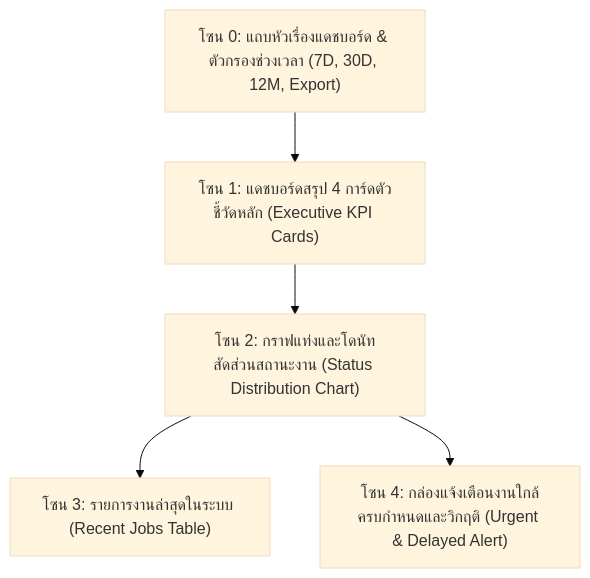
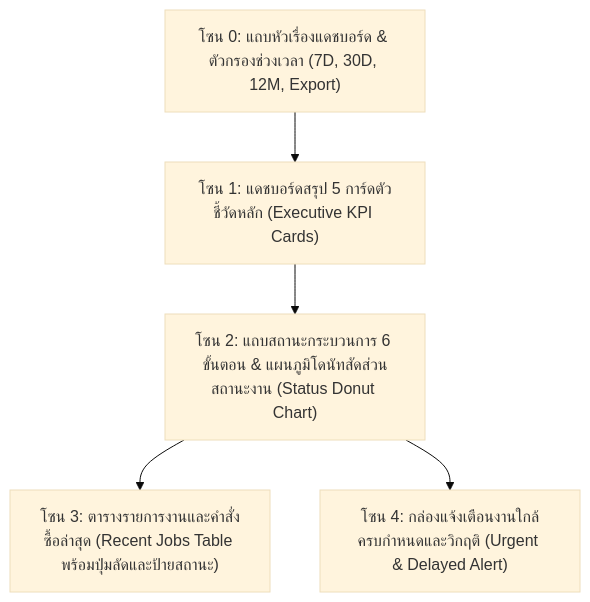
The first of 2 diagrams in doc/คู่มือการใช้งาน_แดชบอร์ดและจัดการผู้ใช้งาน.md (isarachootip/pmt_flow), drawn with Mermaid (base theme) before and after one commit. The commit also changed other lines of this file and 3 other files, not shown here.

````diff
--- a/doc/คู่มือการใช้งาน_แดชบอร์ดและจัดการผู้ใช้งาน.md
+++ b/doc/คู่มือการใช้งาน_แดชบอร์ดและจัดการผู้ใช้งาน.md
@@ -24,13 +24,13 @@
 ```mermaid
 graph TD
     D0["โซน 0: แถบหัวเรื่องแดชบอร์ด & ตัวกรองช่วงเวลา (7D, 30D, 12M, Export)"]
-    D1["โซน 1: แดชบอร์ดสรุป 4 การ์ดตัวชี้วัดหลัก (Executive KPI Cards)"]
-    D2["โซน 2: กราฟแท่งและโดนัทสัดส่วนสถานะงาน (Status Distribution Chart)"]
-    D3["โซน 3: รายการงานล่าสุดในระบบ (Recent Jobs Table)"]
+    D1["โซน 1: แดชบอร์ดสรุป 5 การ์ดตัวชี้วัดหลัก (Executive KPI Cards)"]
+    D2["โซน 2: แถบสถานะกระบวนการ 6 ขั้นตอน & แผนภูมิโดนัทสัดส่วนสถานะงาน (Status Donut Chart)"]
+    D3["โซน 3: ตารางรายการงานและคำสั่งซื้อล่าสุด (Recent Jobs Table พร้อมปุ่มลัดและป้ายสถานะ)"]
     D4["โซน 4: กล่องแจ้งเตือนงานใกล้ครบกำหนดและวิกฤติ (Urgent & Delayed Alert)"]
 
     D0 --> D1
     D1 --> D2
     D2 --> D3
     D2 --> D4
 ```
````
